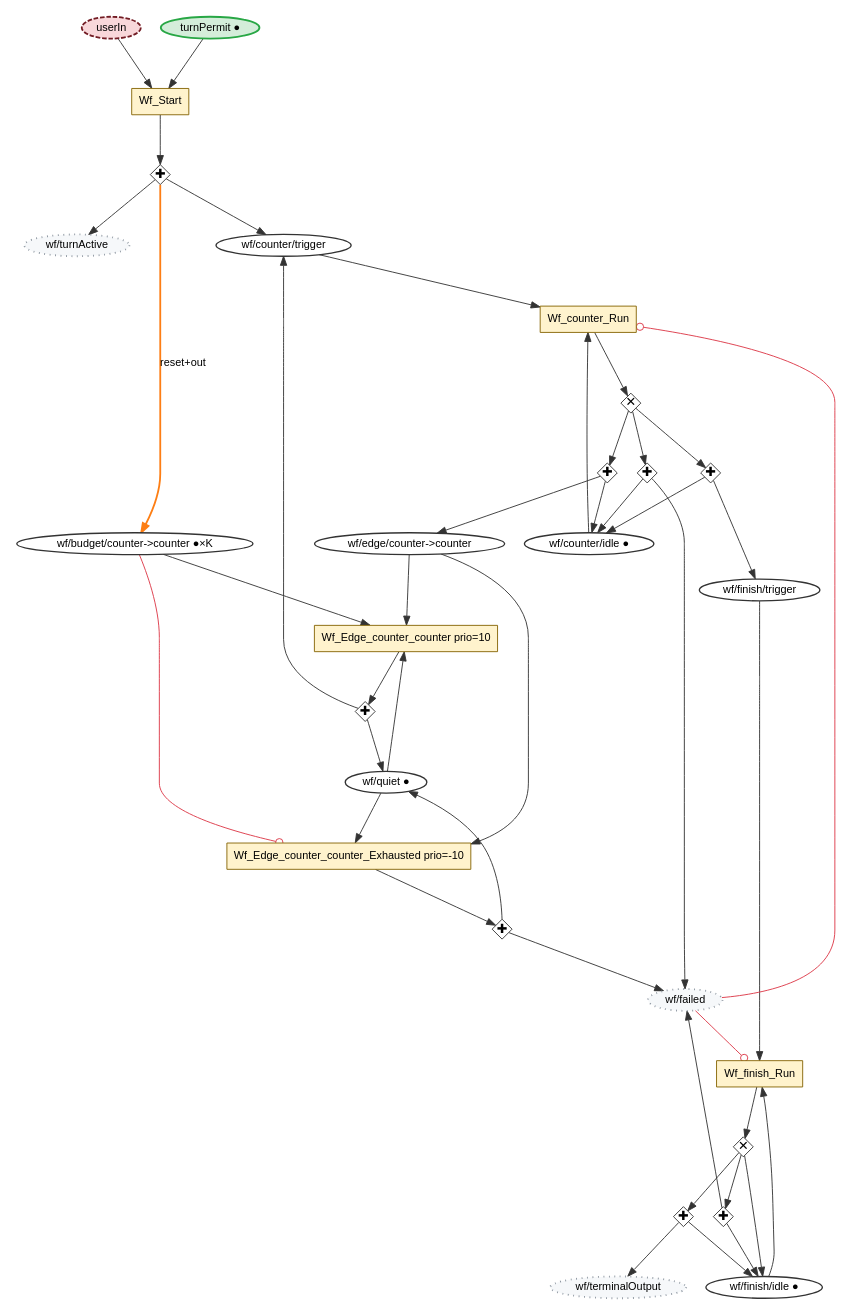
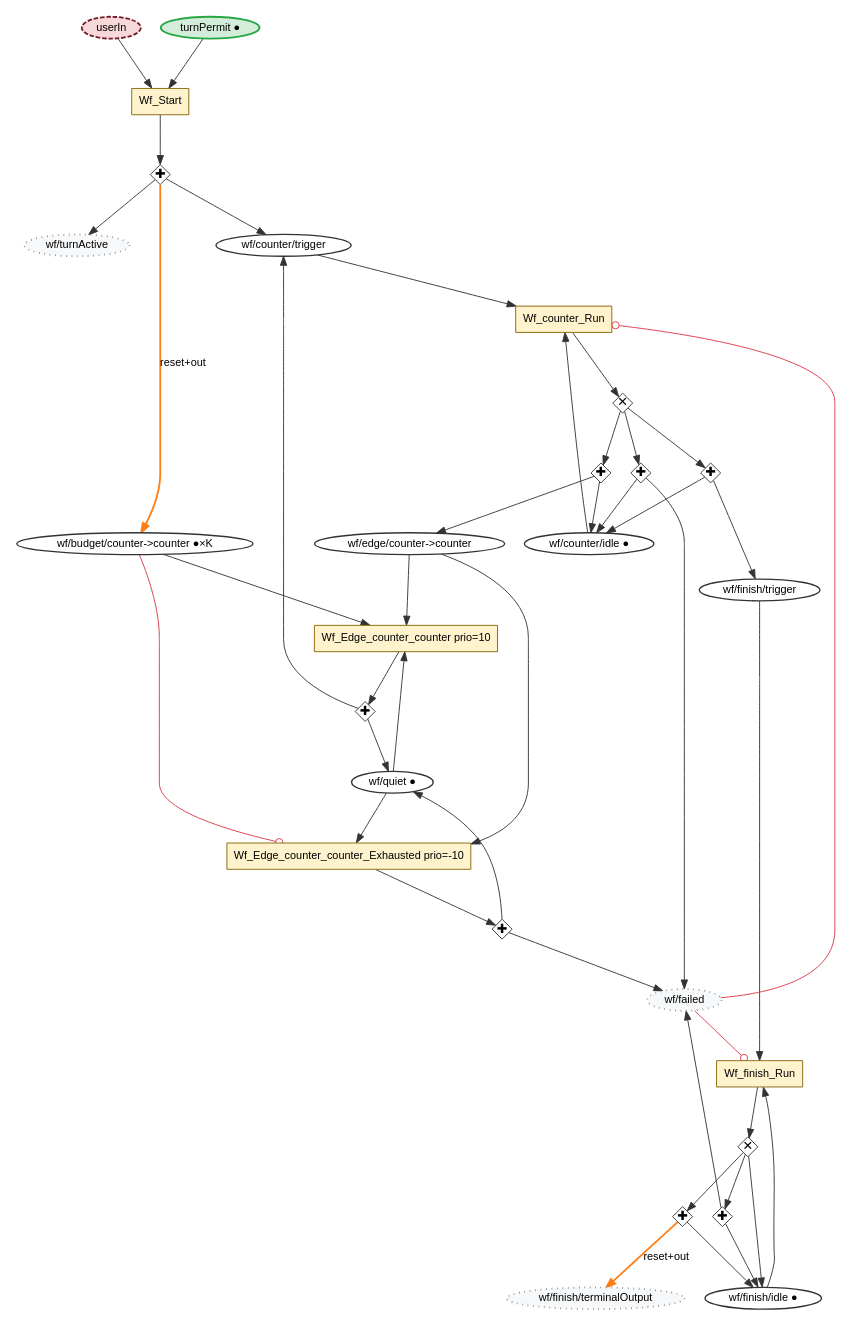
Before and after one commit to debe/adk-libpetri: the diagram in docs/diagrams/dot/workflow-back-edge-budget.dot, drawn with Graphviz. The commit also changed 101 other files, not shown here.

```diff
--- a/docs/diagrams/dot/workflow-back-edge-budget.dot
+++ b/docs/diagrams/dot/workflow-back-edge-budget.dot
@@ -1,88 +1,88 @@
 // GENERATED by python/tests/readme_diagrams/test_readme_diagrams.py
 // from compile_workflow(samples.looping(), back_edge_budget={('counter', 'counter'): 3}), view of the budgeted back edge. Do not edit: rerun the test with
 // READMEDIAGRAMS_WRITE=1, then `npm run build` in docs/diagrams.
 digraph workflow_back_edge_budget {
     rankdir=TB;
     nodesep=0.3;
     ranksep=0.75;
     forcelabels="true";
     overlap="false";
     fontname="Helvetica,Arial,sans-serif";
     outputorder="edgesfirst";
     compound="true";
     bgcolor="white";
     pad="0.15";
     node [fontname="Helvetica,Arial,sans-serif", fontsize=12];
     edge [fontname="Helvetica,Arial,sans-serif", fontsize=12];
 
     p_userIn [label="userIn", shape="ellipse", style="filled,dashed", fillcolor="#f8d7da", color="#721c24", penwidth=2, height=0.3, width=0.3, fixedsize="false", margin="0.08,0.03"];
     p_turnPermit [label="turnPermit ●", shape="ellipse", style="filled", fillcolor="#d4edda", color="#28a745", penwidth=2, height=0.3, width=0.3, fixedsize="false", margin="0.08,0.03"];
     p_wf_turnActive [label="wf/turnActive", shape="ellipse", style="filled,dotted", fillcolor="#f6f8fa", color="#8c959f", penwidth=2, height=0.3, width=0.3, fixedsize="false", margin="0.08,0.03"];
     p_wf_counter_trigger [label="wf/counter/trigger", shape="ellipse", style="filled", fillcolor="#FFFFFF", color="#333333", penwidth=1.5, height=0.3, width=0.3, fixedsize="false", margin="0.08,0.03"];
     p_wf_budget_counter__counter [label="wf/budget/counter->counter ●×K", shape="ellipse", style="filled", fillcolor="#FFFFFF", color="#333333", penwidth=1.5, height=0.3, width=0.3, fixedsize="false", margin="0.08,0.03"];
     p_wf_counter_idle [label="wf/counter/idle ●", shape="ellipse", style="filled", fillcolor="#FFFFFF", color="#333333", penwidth=1.5, height=0.3, width=0.3, fixedsize="false", margin="0.08,0.03"];
     p_wf_edge_counter__counter [label="wf/edge/counter->counter", shape="ellipse", style="filled", fillcolor="#FFFFFF", color="#333333", penwidth=1.5, height=0.3, width=0.3, fixedsize="false", margin="0.08,0.03"];
     p_wf_finish_trigger [label="wf/finish/trigger", shape="ellipse", style="filled", fillcolor="#FFFFFF", color="#333333", penwidth=1.5, height=0.3, width=0.3, fixedsize="false", margin="0.08,0.03"];
     p_wf_failed [label="wf/failed", shape="ellipse", style="filled,dotted", fillcolor="#f6f8fa", color="#8c959f", penwidth=2, height=0.3, width=0.3, fixedsize="false", margin="0.08,0.03"];
     p_wf_quiet [label="wf/quiet ●", shape="ellipse", style="filled", fillcolor="#FFFFFF", color="#333333", penwidth=1.5, height=0.3, width=0.3, fixedsize="false", margin="0.08,0.03"];
     p_wf_finish_idle [label="wf/finish/idle ●", shape="ellipse", style="filled", fillcolor="#FFFFFF", color="#333333", penwidth=1.5, height=0.3, width=0.3, fixedsize="false", margin="0.08,0.03"];
-    p_wf_terminalOutput [label="wf/terminalOutput", shape="ellipse", style="filled,dotted", fillcolor="#f6f8fa", color="#8c959f", penwidth=2, height=0.3, width=0.3, fixedsize="false", margin="0.08,0.03"];
+    p_wf_finish_terminalOutput [label="wf/finish/terminalOutput", shape="ellipse", style="filled,dotted", fillcolor="#f6f8fa", color="#8c959f", penwidth=2, height=0.3, width=0.3, fixedsize="false", margin="0.08,0.03"];
     t_Wf_Start [label="Wf_Start", shape="box", style="filled", fillcolor="#fff3cd", color="#856404", penwidth=1, height=0.4, width=0.8];
     t_Wf_counter_Run [label="Wf_counter_Run", shape="box", style="filled", fillcolor="#fff3cd", color="#856404", penwidth=1, height=0.4, width=0.8];
     t_Wf_Edge_counter_counter [label="Wf_Edge_counter_counter prio=10", shape="box", style="filled", fillcolor="#fff3cd", color="#856404", penwidth=1, height=0.4, width=0.8];
     t_Wf_Edge_counter_counter_Exhausted [label="Wf_Edge_counter_counter_Exhausted prio=-10", shape="box", style="filled", fillcolor="#fff3cd", color="#856404", penwidth=1, height=0.4, width=0.8];
     t_Wf_finish_Run [label="Wf_finish_Run", shape="box", style="filled", fillcolor="#fff3cd", color="#856404", penwidth=1, height=0.4, width=0.8];
     j_Wf_Start__and_0 [label="✚", shape="diamond", style="filled", fillcolor="#FFFFFF", color="#333333", penwidth=1, height=0.3, width=0.3, fixedsize="true", fontsize=14];
     j_Wf_counter_Run__xor_0 [label="✕", shape="diamond", style="filled", fillcolor="#FFFFFF", color="#333333", penwidth=1, height=0.3, width=0.3, fixedsize="true", fontsize=14];
     j_Wf_counter_Run__and_1 [label="✚", shape="diamond", style="filled", fillcolor="#FFFFFF", color="#333333", penwidth=1, height=0.3, width=0.3, fixedsize="true", fontsize=14];
     j_Wf_counter_Run__and_2 [label="✚", shape="diamond", style="filled", fillcolor="#FFFFFF", color="#333333", penwidth=1, height=0.3, width=0.3, fixedsize="true", fontsize=14];
     j_Wf_counter_Run__and_3 [label="✚", shape="diamond", style="filled", fillcolor="#FFFFFF", color="#333333", penwidth=1, height=0.3, width=0.3, fixedsize="true", fontsize=14];
     j_Wf_Edge_counter_counter__and_0 [label="✚", shape="diamond", style="filled", fillcolor="#FFFFFF", color="#333333", penwidth=1, height=0.3, width=0.3, fixedsize="true", fontsize=14];
     j_Wf_Edge_counter_counter_Exhausted__and_0 [label="✚", shape="diamond", style="filled", fillcolor="#FFFFFF", color="#333333", penwidth=1, height=0.3, width=0.3, fixedsize="true", fontsize=14];
     j_Wf_finish_Run__xor_0 [label="✕", shape="diamond", style="filled", fillcolor="#FFFFFF", color="#333333", penwidth=1, height=0.3, width=0.3, fixedsize="true", fontsize=14];
     j_Wf_finish_Run__and_1 [label="✚", shape="diamond", style="filled", fillcolor="#FFFFFF", color="#333333", penwidth=1, height=0.3, width=0.3, fixedsize="true", fontsize=14];
     j_Wf_finish_Run__and_2 [label="✚", shape="diamond", style="filled", fillcolor="#FFFFFF", color="#333333", penwidth=1, height=0.3, width=0.3, fixedsize="true", fontsize=14];
 
     p_userIn -> t_Wf_Start [color="#333333", style="solid", arrowhead="normal"];
     p_turnPermit -> t_Wf_Start [color="#333333", style="solid", arrowhead="normal"];
     t_Wf_Start -> j_Wf_Start__and_0 [color="#333333", style="solid", arrowhead="normal"];
     j_Wf_Start__and_0 -> p_wf_turnActive [color="#333333", style="solid", arrowhead="normal"];
     j_Wf_Start__and_0 -> p_wf_counter_trigger [color="#333333", style="solid", arrowhead="normal"];
     j_Wf_Start__and_0 -> p_wf_budget_counter__counter [color="#fd7e14", style="bold", arrowhead="normal", label="reset+out", penwidth=2];
     p_wf_counter_trigger -> t_Wf_counter_Run [color="#333333", style="solid", arrowhead="normal"];
     p_wf_counter_idle -> t_Wf_counter_Run [color="#333333", style="solid", arrowhead="normal"];
     t_Wf_counter_Run -> j_Wf_counter_Run__xor_0 [color="#333333", style="solid", arrowhead="normal"];
     j_Wf_counter_Run__xor_0 -> j_Wf_counter_Run__and_1 [color="#333333", style="solid", arrowhead="normal"];
     j_Wf_counter_Run__and_1 -> p_wf_counter_idle [color="#333333", style="solid", arrowhead="normal"];
     j_Wf_counter_Run__and_1 -> p_wf_edge_counter__counter [color="#333333", style="solid", arrowhead="normal"];
     j_Wf_counter_Run__xor_0 -> j_Wf_counter_Run__and_2 [color="#333333", style="solid", arrowhead="normal"];
     j_Wf_counter_Run__and_2 -> p_wf_counter_idle [color="#333333", style="solid", arrowhead="normal"];
     j_Wf_counter_Run__and_2 -> p_wf_finish_trigger [color="#333333", style="solid", arrowhead="normal"];
     j_Wf_counter_Run__xor_0 -> j_Wf_counter_Run__and_3 [color="#333333", style="solid", arrowhead="normal"];
     j_Wf_counter_Run__and_3 -> p_wf_counter_idle [color="#333333", style="solid", arrowhead="normal"];
     j_Wf_counter_Run__and_3 -> p_wf_failed [color="#333333", style="solid", arrowhead="normal"];
     p_wf_failed -> t_Wf_counter_Run [color="#dc3545", style="solid", arrowhead="odot"];
     p_wf_edge_counter__counter -> t_Wf_Edge_counter_counter [color="#333333", style="solid", arrowhead="normal"];
     p_wf_budget_counter__counter -> t_Wf_Edge_counter_counter [color="#333333", style="solid", arrowhead="normal"];
     p_wf_quiet -> t_Wf_Edge_counter_counter [color="#333333", style="solid", arrowhead="normal"];
     t_Wf_Edge_counter_counter -> j_Wf_Edge_counter_counter__and_0 [color="#333333", style="solid", arrowhead="normal"];
     j_Wf_Edge_counter_counter__and_0 -> p_wf_counter_trigger [color="#333333", style="solid", arrowhead="normal"];
     j_Wf_Edge_counter_counter__and_0 -> p_wf_quiet [color="#333333", style="solid", arrowhead="normal"];
     p_wf_edge_counter__counter -> t_Wf_Edge_counter_counter_Exhausted [color="#333333", style="solid", arrowhead="normal"];
     p_wf_quiet -> t_Wf_Edge_counter_counter_Exhausted [color="#333333", style="solid", arrowhead="normal"];
     t_Wf_Edge_counter_counter_Exhausted -> j_Wf_Edge_counter_counter_Exhausted__and_0 [color="#333333", style="solid", arrowhead="normal"];
     j_Wf_Edge_counter_counter_Exhausted__and_0 -> p_wf_failed [color="#333333", style="solid", arrowhead="normal"];
     j_Wf_Edge_counter_counter_Exhausted__and_0 -> p_wf_quiet [color="#333333", style="solid", arrowhead="normal"];
     p_wf_budget_counter__counter -> t_Wf_Edge_counter_counter_Exhausted [color="#dc3545", style="solid", arrowhead="odot"];
     p_wf_finish_trigger -> t_Wf_finish_Run [color="#333333", style="solid", arrowhead="normal"];
     p_wf_finish_idle -> t_Wf_finish_Run [color="#333333", style="solid", arrowhead="normal"];
     t_Wf_finish_Run -> j_Wf_finish_Run__xor_0 [color="#333333", style="solid", arrowhead="normal"];
     j_Wf_finish_Run__xor_0 -> j_Wf_finish_Run__and_1 [color="#333333", style="solid", arrowhead="normal"];
     j_Wf_finish_Run__and_1 -> p_wf_finish_idle [color="#333333", style="solid", arrowhead="normal"];
-    j_Wf_finish_Run__and_1 -> p_wf_terminalOutput [color="#333333", style="solid", arrowhead="normal"];
+    j_Wf_finish_Run__and_1 -> p_wf_finish_terminalOutput [color="#fd7e14", style="bold", arrowhead="normal", label="reset+out", penwidth=2];
     j_Wf_finish_Run__xor_0 -> p_wf_finish_idle [color="#333333", style="solid", arrowhead="normal"];
     j_Wf_finish_Run__xor_0 -> j_Wf_finish_Run__and_2 [color="#333333", style="solid", arrowhead="normal"];
     j_Wf_finish_Run__and_2 -> p_wf_finish_idle [color="#333333", style="solid", arrowhead="normal"];
     j_Wf_finish_Run__and_2 -> p_wf_failed [color="#333333", style="solid", arrowhead="normal"];
     p_wf_failed -> t_Wf_finish_Run [color="#dc3545", style="solid", arrowhead="odot"];
 }
```
